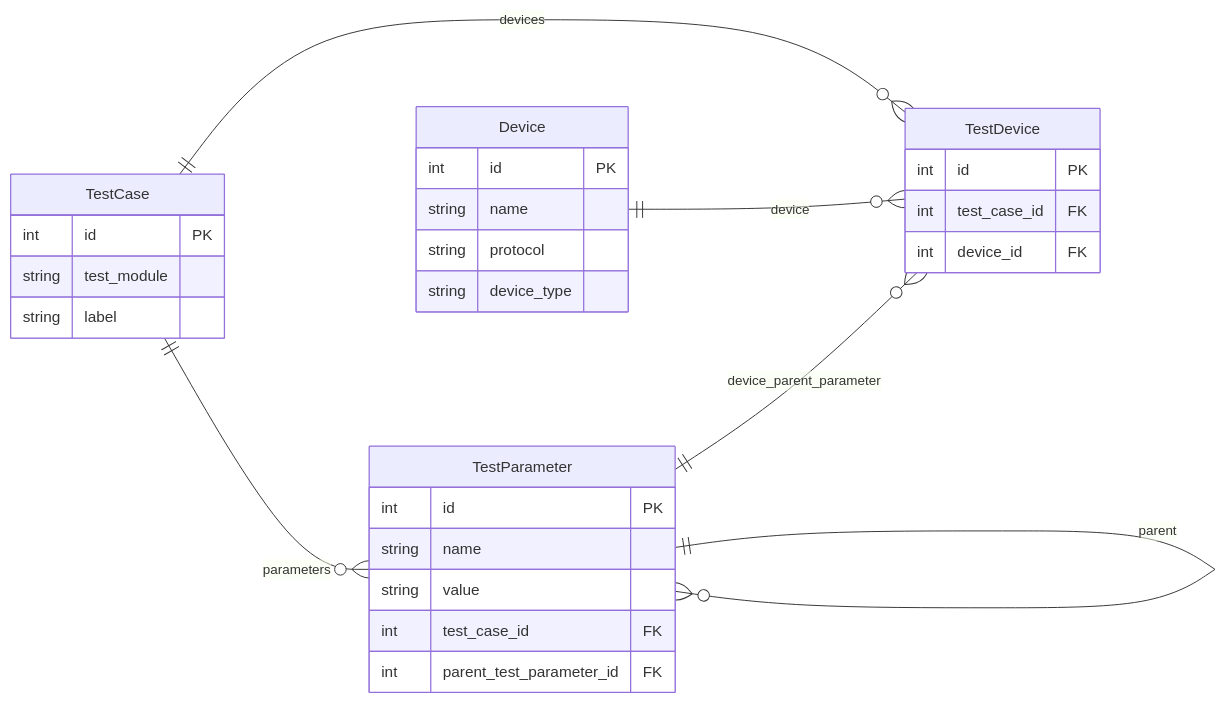
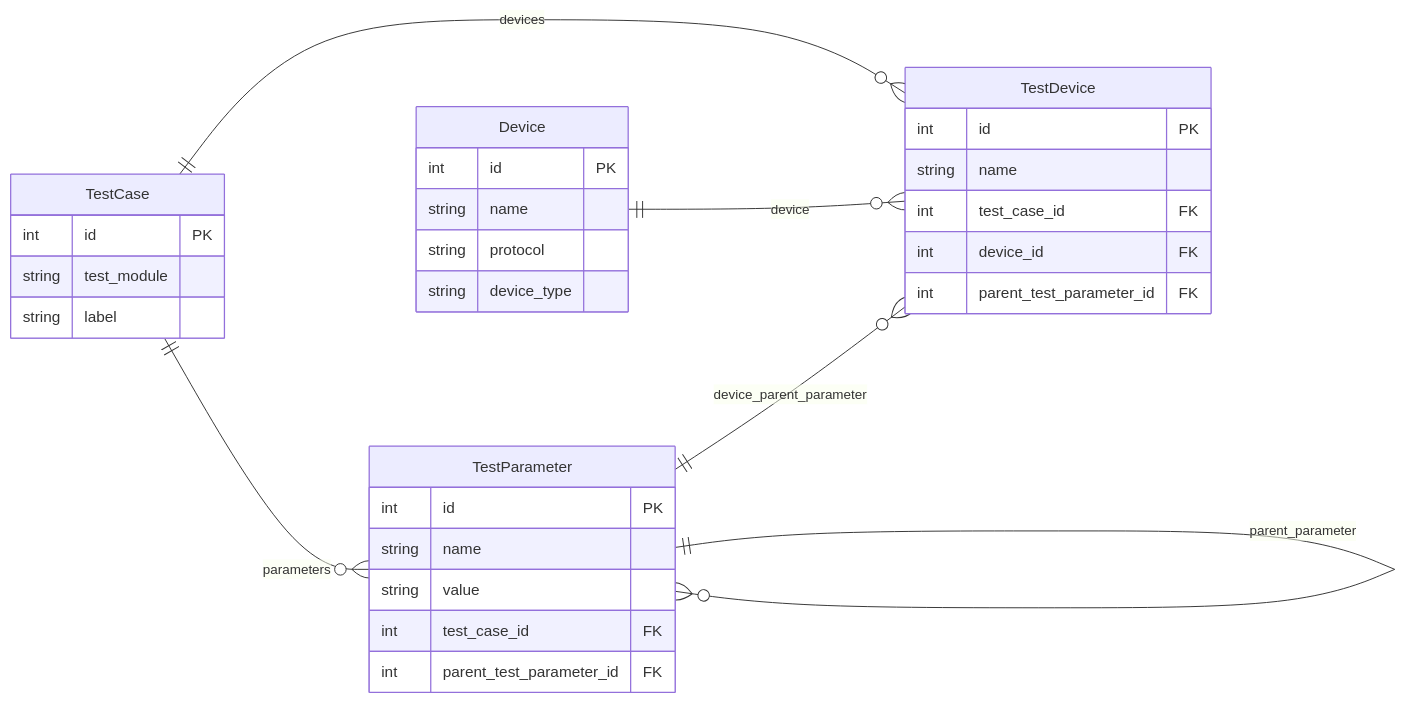
Before and after one commit to DiagNet/Buch: the diagram in assets/erd_struktur.mmd, drawn with Mermaid. The commit also changed 1 other file, not shown here.

Commit message:
08: fix ER diagram

```diff
--- a/assets/erd_struktur.mmd
+++ b/assets/erd_struktur.mmd
@@ -1,31 +1,33 @@
 erDiagram
     direction LR
     Device {
         int id PK
         string name
         string protocol
         string device_type
     }
     TestCase {
         int id PK
         string test_module
         string label
     }
     TestDevice {
         int id PK
+        string name
         int test_case_id FK
         int device_id FK
+        int parent_test_parameter_id FK
     }
     TestParameter {
         int id PK
         string name
         string value
         int test_case_id FK
         int parent_test_parameter_id FK
     }
 
     TestCase ||--o{ TestDevice : "devices"
     TestCase ||--o{ TestParameter : "parameters"
     Device ||--o{ TestDevice : "device"
-    TestParameter ||--o{ TestParameter : "parent"
+    TestParameter ||--o{ TestParameter : "parent_parameter"
     TestParameter ||--o{ TestDevice : "device_parent_parameter"
```
